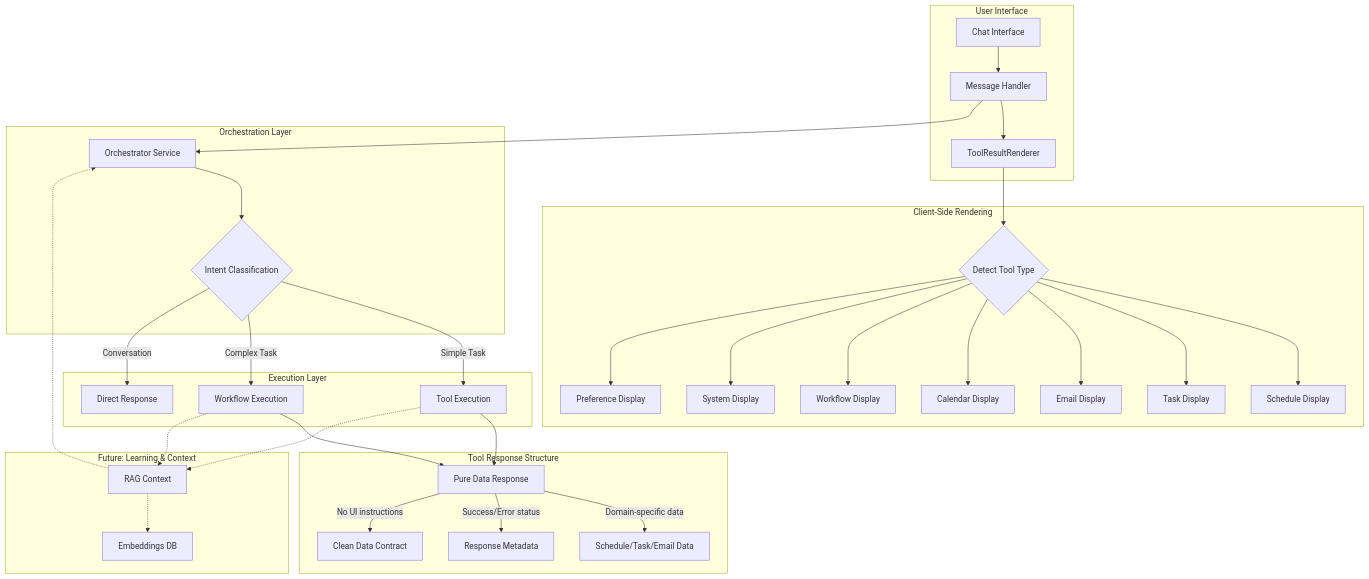
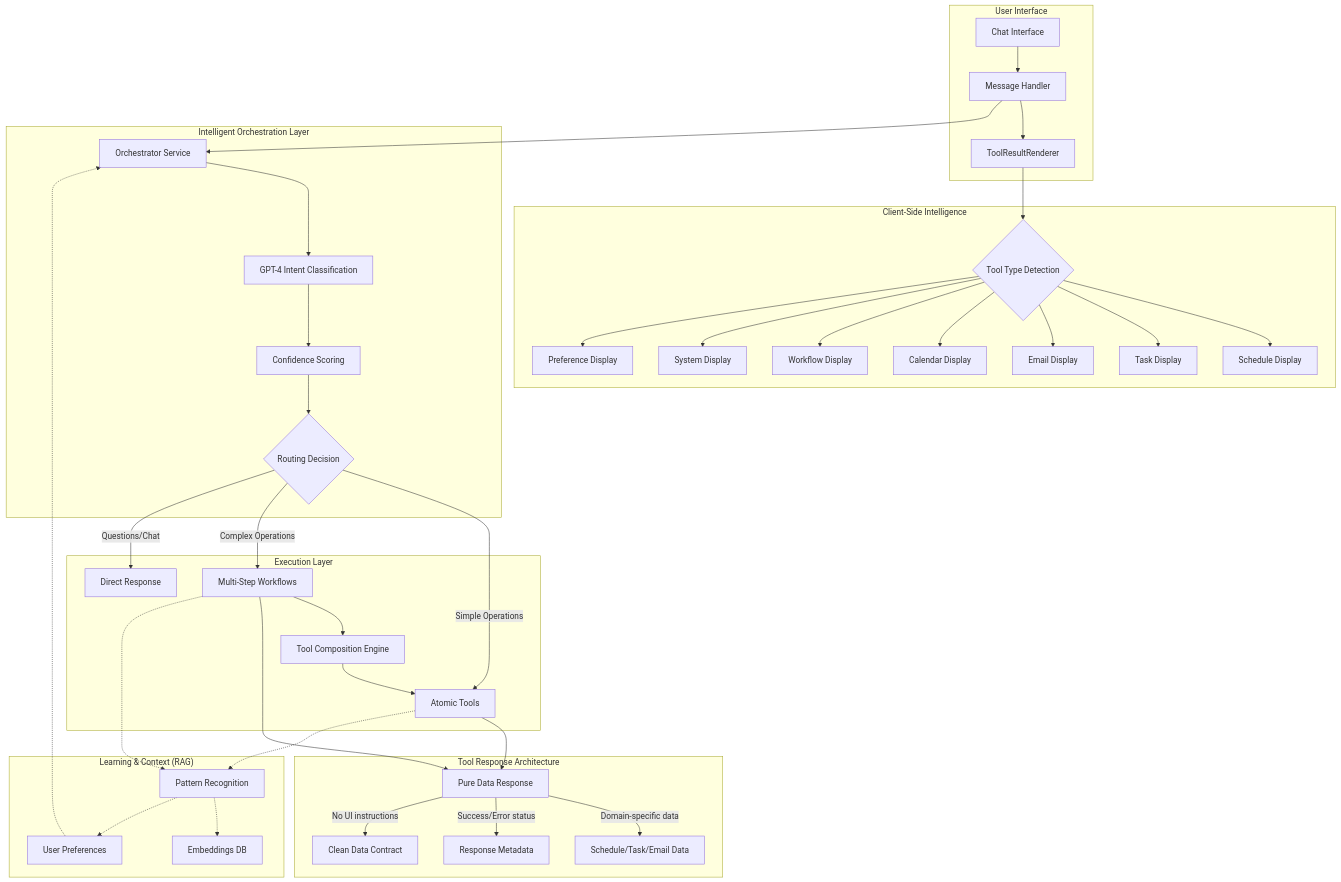
One commit to MitchForest/dayli changed the diagram in docs/AI-SYSTEM-REFERENCE.md. Above: the diagram before and after it, drawn with Mermaid. The commit also changed other lines of this file and 66 other files, not shown here.

````diff
--- a/docs/AI-SYSTEM-REFERENCE.md
+++ b/docs/AI-SYSTEM-REFERENCE.md
@@ -7,44 +7,50 @@
 ```mermaid
 graph TD
     subgraph "User Interface"
         A[Chat Interface] --> B[Message Handler]
         B --> C[ToolResultRenderer]
     end
     
-    subgraph "Orchestration Layer"
+    subgraph "Intelligent Orchestration Layer"
         B --> D[Orchestrator Service]
-        D --> E{Intent Classification}
+        D --> E[GPT-4 Intent Classification]
+        E --> F[Confidence Scoring]
+        F --> G{Routing Decision}
     end
     
     subgraph "Execution Layer"
-        E -->|Simple Task| F[Tool Execution]
-        E -->|Complex Task| G[Workflow Execution]
-        E -->|Conversation| H[Direct Response]
+        G -->|Simple Operations| H[Atomic Tools]
+        G -->|Complex Operations| I[Multi-Step Workflows]
+        G -->|Questions/Chat| J[Direct Response]
+        
+        I --> K[Tool Composition Engine]
+        K --> H
     end
     
-    subgraph "Tool Response Structure"
-        F --> I[Pure Data Response]
-        G --> I
-        I --> |"Domain-specific data"| J[Schedule/Task/Email Data]
-        I --> |"Success/Error status"| K[Response Metadata]
-        I --> |"No UI instructions"| L[Clean Data Contract]
+    subgraph "Tool Response Architecture"
+        H --> L[Pure Data Response]
+        I --> L
+        L --> |"Domain-specific data"| M[Schedule/Task/Email Data]
+        L --> |"Success/Error status"| N[Response Metadata]
+        L --> |"No UI instructions"| O[Clean Data Contract]
     end
     
-    subgraph "Client-Side Rendering"
-        C --> M{Detect Tool Type}
-        M --> N[Schedule Display]
-        M --> O[Task Display]
-        M --> P[Email Display]
-        M --> Q[Calendar Display]
-        M --> R[Workflow Display]
-        M --> S[System Display]
-        M --> T[Preference Display]
+    subgraph "Client-Side Intelligence"
+        C --> P{Tool Type Detection}
+        P --> Q[Schedule Display]
+        P --> R[Task Display]
+        P --> S[Email Display]
+        P --> T[Calendar Display]
+        P --> U[Workflow Display]
+        P --> V[System Display]
+        P --> W[Preference Display]
     end
     
-    subgraph "Future: Learning & Context"
-        F -.-> U[RAG Context]
-        G -.-> U
-        U -.-> V[Embeddings DB]
-        U -.-> D
+    subgraph "Learning & Context (RAG)"
+        H -.-> X[Pattern Recognition]
+        I -.-> X
+        X -.-> Y[Embeddings DB]
+        X -.-> Z[User Preferences]
+        Z -.-> D
     end
 ```
````
